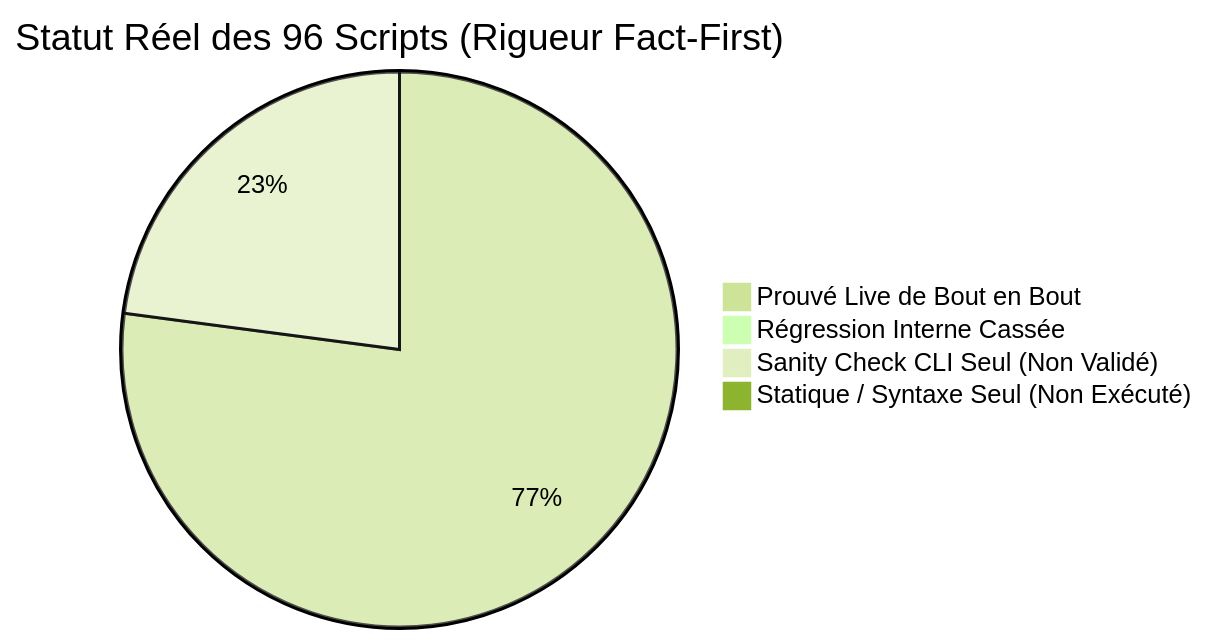
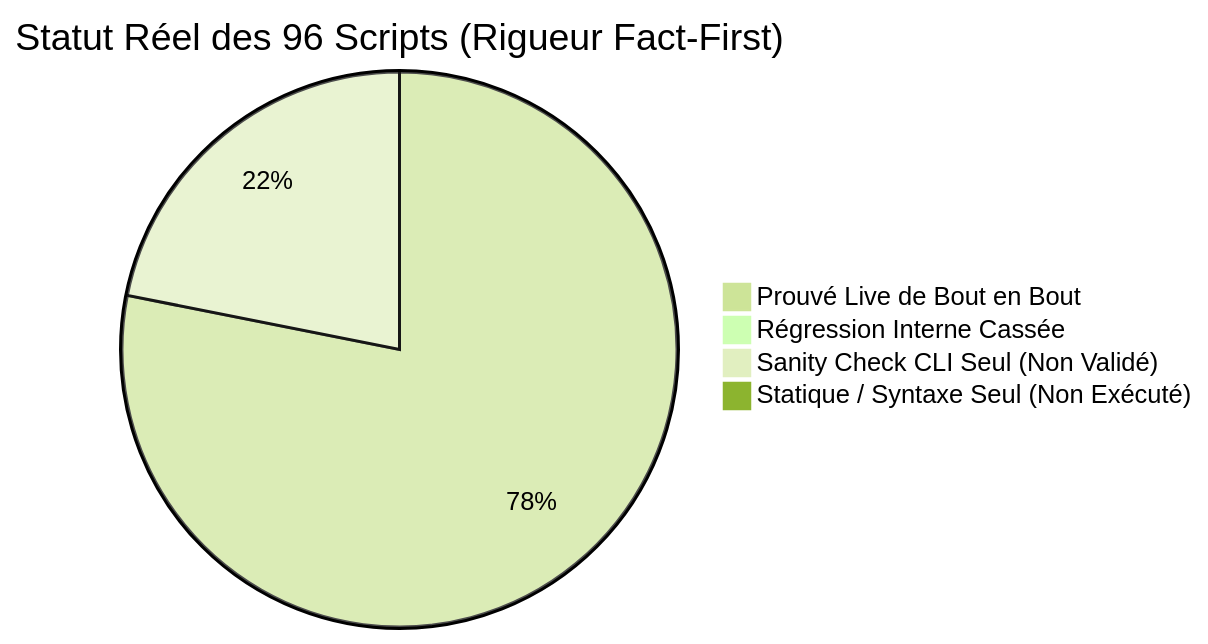
Before and after one commit to yoyonel/pydbsrt: the diagram in docs/reference/2026-11-10-audit-exhaustif-scripts-regressions.md, drawn with Mermaid (forest theme). The commit also changed other lines of this file and 3 other files, not shown here.

Commit message:
fix(benchmarks): dynamic root, complexity reduction and cli check mode in verify terminal rendering (#69)

````diff
--- a/docs/reference/2026-11-10-audit-exhaustif-scripts-regressions.md
+++ b/docs/reference/2026-11-10-audit-exhaustif-scripts-regressions.md
@@ -16,7 +16,7 @@
 ```mermaid
 pie title Statut Réel des 96 Scripts (Rigueur Fact-First)
-    "Prouvé Live de Bout en Bout" : 74
+    "Prouvé Live de Bout en Bout" : 75
     "Régression Interne Cassée" : 0
-    "Sanity Check CLI Seul (Non Validé)" : 22
+    "Sanity Check CLI Seul (Non Validé)" : 21
     "Statique / Syntaxe Seul (Non Exécuté)" : 0
 ```
````
